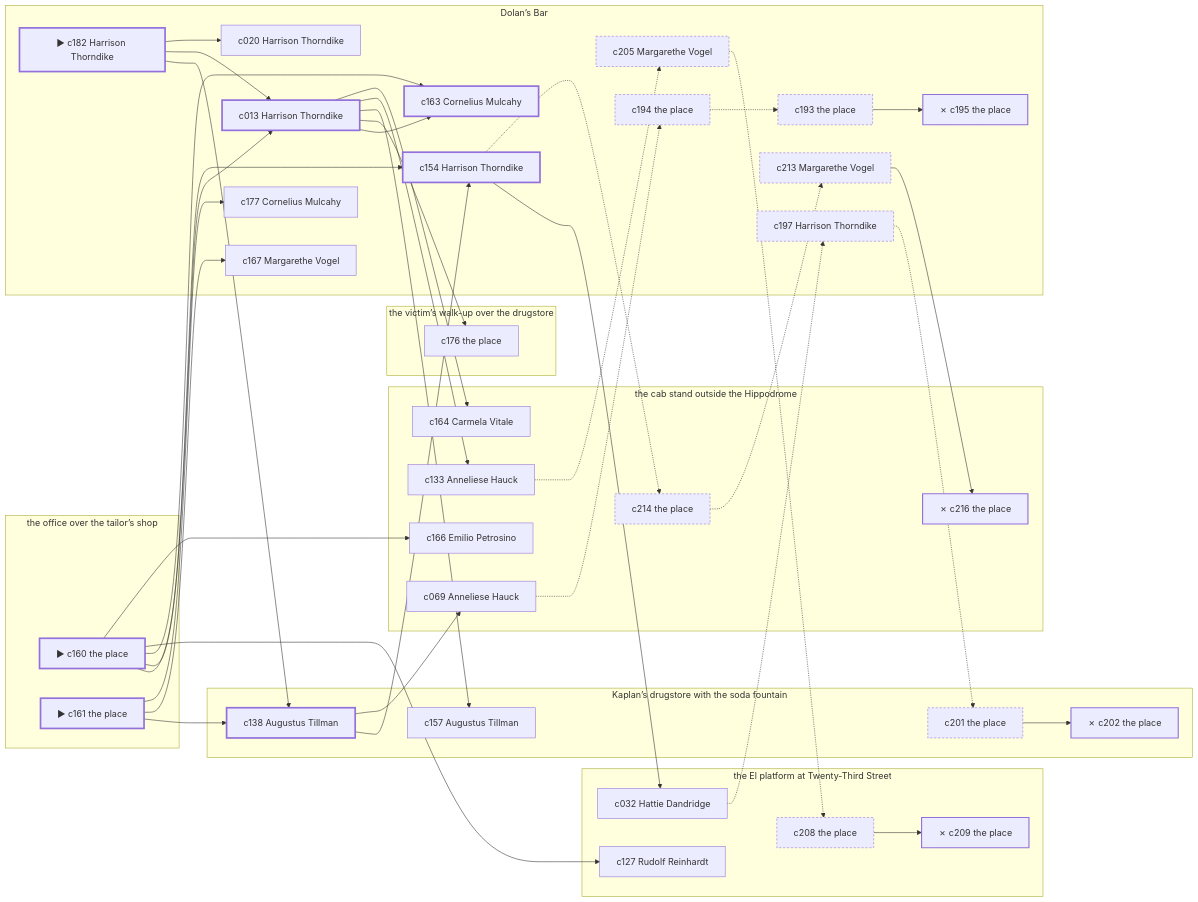
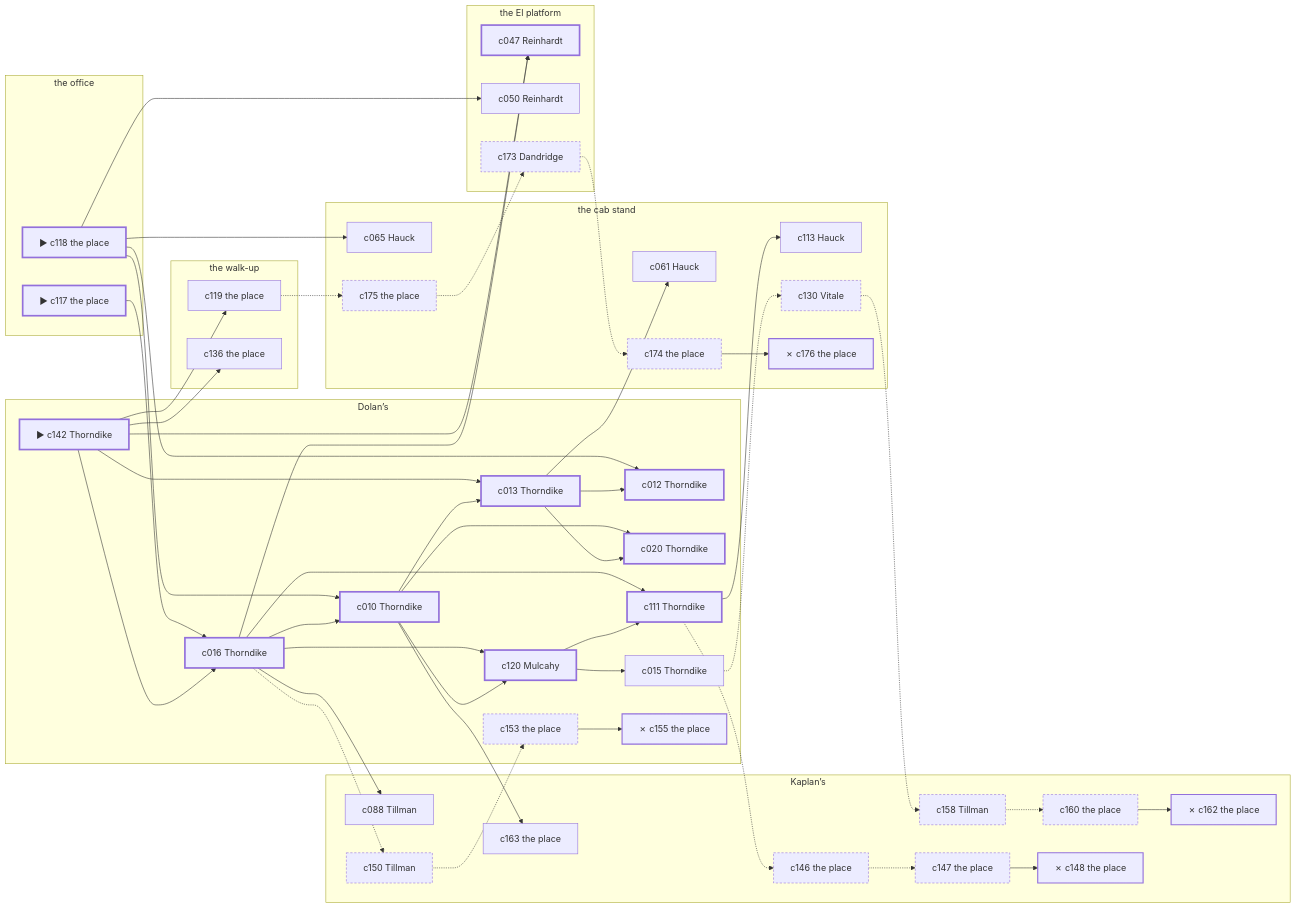
The diagram in docs/samples/case-10.md (lyamshin/dashiell), drawn with Mermaid before and after one commit. The commit also changed other lines of this file and 60 other files, not shown here.

````diff
--- a/docs/samples/case-10.md
+++ b/docs/samples/case-10.md
@@ -305,84 +317,96 @@
 ```mermaid
 graph LR
-  subgraph P1["the office over the tailor’s shop"]
-    c160["▶ c160 the place"]
-    c161["▶ c161 the place"]
+  subgraph P1["the office"]
+    c117["▶ c117 the place"]
+    c118["▶ c118 the place"]
   end
-  subgraph P2["the cab stand outside the Hippodrome"]
-    c069["c069 Anneliese Hauck"]
-    c133["c133 Anneliese Hauck"]
-    c166["c166 Emilio Petrosino"]
-    c164["c164 Carmela Vitale"]
-    c214["c214 the place"]
-    c216["✗ c216 the place"]
+  subgraph P2["the cab stand"]
+    c113["c113 Hauck"]
+    c061["c061 Hauck"]
+    c065["c065 Hauck"]
+    c130["c130 Vitale"]
+    c175["c175 the place"]
+    c174["c174 the place"]
+    c176["✗ c176 the place"]
   end
-  subgraph P3["Kaplan’s drugstore with the soda fountain"]
-    c138["c138 Augustus Tillman"]
-    c157["c157 Augustus Tillman"]
-    c201["c201 the place"]
-    c202["✗ c202 the place"]
+  subgraph P3["Kaplan’s"]
+    c163["c163 the place"]
+    c088["c088 Tillman"]
+    c158["c158 Tillman"]
+    c160["c160 the place"]
+    c162["✗ c162 the place"]
+    c146["c146 the place"]
+    c147["c147 the place"]
+    c148["✗ c148 the place"]
+    c150["c150 Tillman"]
   end
-  subgraph P4["the El platform at Twenty-Third Street"]
-    c127["c127 Rudolf Reinhardt"]
-    c032["c032 Hattie Dandridge"]
-    c208["c208 the place"]
-    c209["✗ c209 the place"]
+  subgraph P4["the El platform"]
+    c047["c047 Reinhardt"]
+    c050["c050 Reinhardt"]
+    c173["c173 Dandridge"]
   end
-  subgraph P5["the victim’s walk-up over the drugstore"]
-    c176["c176 the place"]
+  subgraph P5["the walk-up"]
+    c119["c119 the place"]
+    c136["c136 the place"]
   end
-  subgraph P6["Dolan’s Bar"]
-    c182["▶ c182 Harrison Thorndike"]
-    c013["c013 Harrison Thorndike"]
-    c154["c154 Harrison Thorndike"]
-    c163["c163 Cornelius Mulcahy"]
-    c167["c167 Margarethe Vogel"]
-    c177["c177 Cornelius Mulcahy"]
-    c020["c020 Harrison Thorndike"]
-    c197["c197 Harrison Thorndike"]
-    c205["c205 Margarethe Vogel"]
-    c213["c213 Margarethe Vogel"]
-    c194["c194 the place"]
-    c193["c193 the place"]
-    c195["✗ c195 the place"]
+  subgraph P6["Dolan’s"]
+    c142["▶ c142 Thorndike"]
+    c016["c016 Thorndike"]
+    c010["c010 Thorndike"]
+    c013["c013 Thorndike"]
+    c120["c120 Mulcahy"]
+    c012["c012 Thorndike"]
+    c020["c020 Thorndike"]
+    c111["c111 Thorndike"]
+    c015["c015 Thorndike"]
+    c153["c153 the place"]
+    c155["✗ c155 the place"]
   end
-  c160 --> c013
-  c160 --> c154
-  c160 --> c163
-  c160 --> c127
-  c160 --> c166
-  c161 --> c138
-  c161 --> c167
-  c161 --> c177
-  c182 --> c138
-  c182 --> c013
-  c182 --> c020
-  c138 --> c154
-  c138 --> c069
-  c013 --> c163
-  c013 --> c176
-  c013 --> c157
-  c013 --> c133
-  c013 --> c164
-  c154 --> c032
-  c154 -.-> c214
-  c069 -.-> c194
-  c133 -.-> c205
-  c032 -.-> c197
-  c197 -.-> c201
-  c201 --> c202
-  c205 -.-> c208
-  c208 --> c209
-  c214 -.-> c213
-  c213 --> c216
-  c194 -.-> c193
-  c193 --> c195
+  c117 --> c016
+  c118 --> c010
+  c118 --> c012
+  c118 --> c050
+  c118 --> c065
+  c142 --> c016
+  c142 --> c013
+  c142 --> c047
+  c142 --> c119
+  c142 --> c136
+  c016 --> c010
+  c016 --> c120
+  c016 --> c111
+  c016 --> c047
+  c016 --> c088
+  c016 -.-> c150
+  c010 --> c013
+  c010 --> c120
+  c010 --> c020
+  c010 --> c163
+  c013 --> c012
+  c013 --> c020
+  c013 --> c061
+  c120 --> c111
+  c120 --> c015
+  c111 --> c113
+  c111 -.-> c146
+  c119 -.-> c175
+  c015 -.-> c130
+  c130 -.-> c158
+  c158 -.-> c160
+  c160 --> c162
+  c175 -.-> c173
+  c173 -.-> c174
+  c174 --> c176
+  c146 -.-> c147
+  c147 --> c148
+  c150 -.-> c153
+  c153 --> c155
   classDef spine stroke-width:3px;
   classDef corrob stroke-width:1px;
   classDef noise stroke-dasharray: 4 3;
   classDef disq stroke-width:2px,stroke-dasharray: 1 0;
-  class c160,c161,c182,c138,c013,c154,c163 spine;
-  class c127,c176,c069,c157,c133,c167,c166,c177,c020,c164,c032 corrob;
-  class c197,c201,c205,c208,c214,c213,c194,c193 noise;
-  class c202,c209,c216,c195 disq;
+  class c117,c118,c142,c016,c010,c013,c120,c012,c020,c111,c047 spine;
+  class c119,c113,c050,c136,c015,c061,c065,c163,c088 corrob;
+  class c130,c158,c160,c175,c173,c174,c146,c147,c150,c153 noise;
+  class c162,c176,c148,c155 disq;
 ```
````
